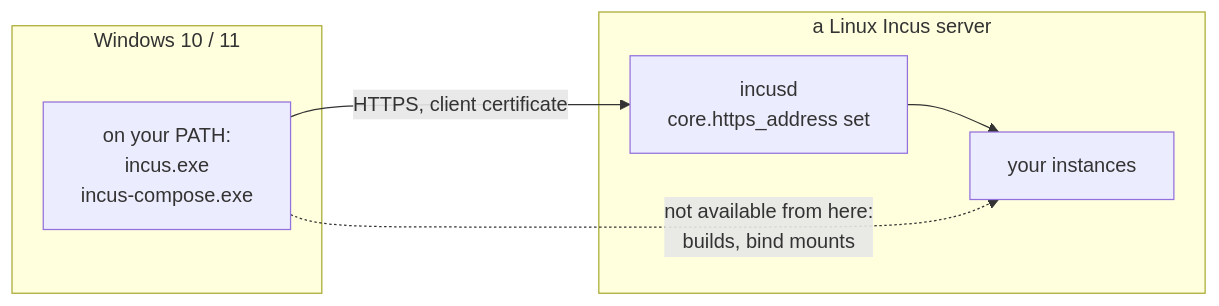
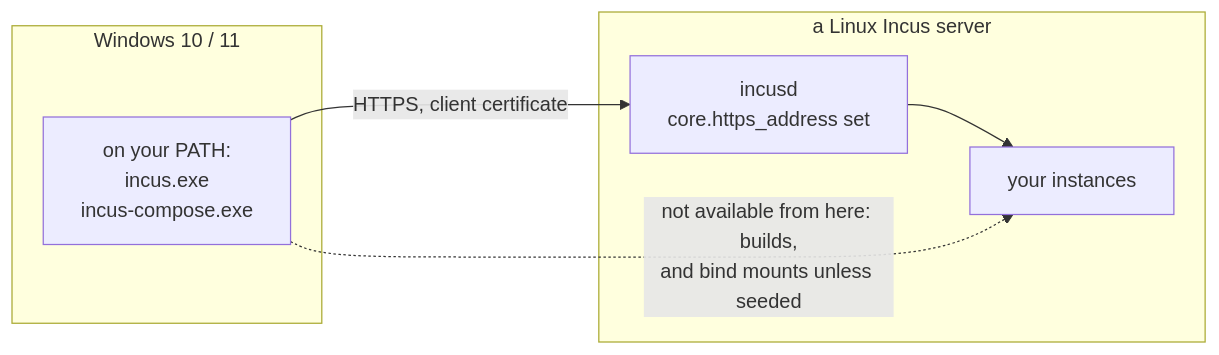
The diagram in root/getting-started/windows.md (jochumdev/incus-compose-docs), drawn with Mermaid before and after one commit. The commit also changed other lines of this file and 6 other files, not shown here.

````diff
--- a/root/getting-started/windows.md
+++ b/root/getting-started/windows.md
@@ -17,14 +17,14 @@
 ```mermaid
 flowchart LR
     subgraph W["Windows 10 / 11"]
         BIN["on your PATH:<br/>incus.exe<br/>incus-compose.exe"]
     end
 
     subgraph S["a Linux Incus server"]
         INCUSD["incusd<br/>core.https_address set"]
         INCUSD --> INST["your instances"]
     end
 
     BIN -->|"HTTPS, client certificate"| INCUSD
-    BIN -.->|"not available from here:<br/>builds, bind mounts"| INST
+    BIN -.->|"not available from here: builds,<br/>and bind mounts unless seeded"| INST
 ```
````
